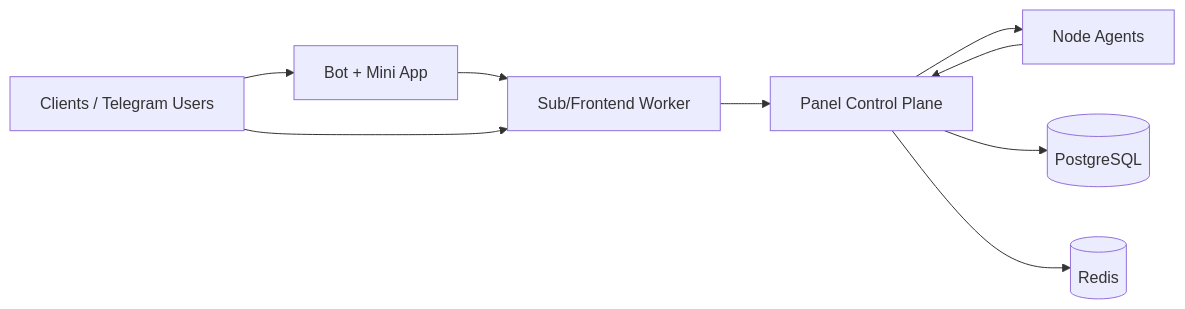
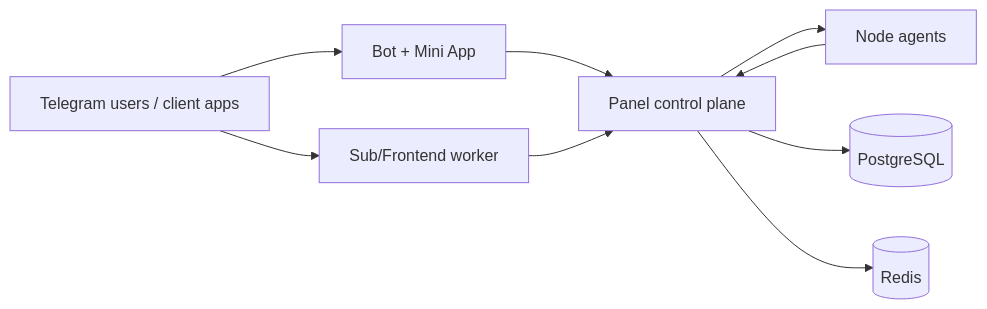
Before and after one commit to semanticparadox/caramba: the diagram in README.md, drawn with Mermaid. The commit also changed other lines of this file, not shown here.

Commit message:
Rewrite README with clear product positioning and install-first flow

````diff
--- a/README.md
+++ b/README.md
@@ -37,11 +68,11 @@
 ```mermaid
 flowchart LR
-    U[Clients / Telegram Users] --> B[Bot + Mini App]
-    B --> S[Sub/Frontend Worker]
-    U --> S
-    S --> P[Panel Control Plane]
-    N[Node Agents] --> P
+    U[Telegram users / client apps] --> B[Bot + Mini App]
+    U --> S[Sub/Frontend worker]
+    B --> P[Panel control plane]
+    S --> P
+    N[Node agents] --> P
     P --> N
     P --> DB[(PostgreSQL)]
     P --> R[(Redis)]
 ```
````
